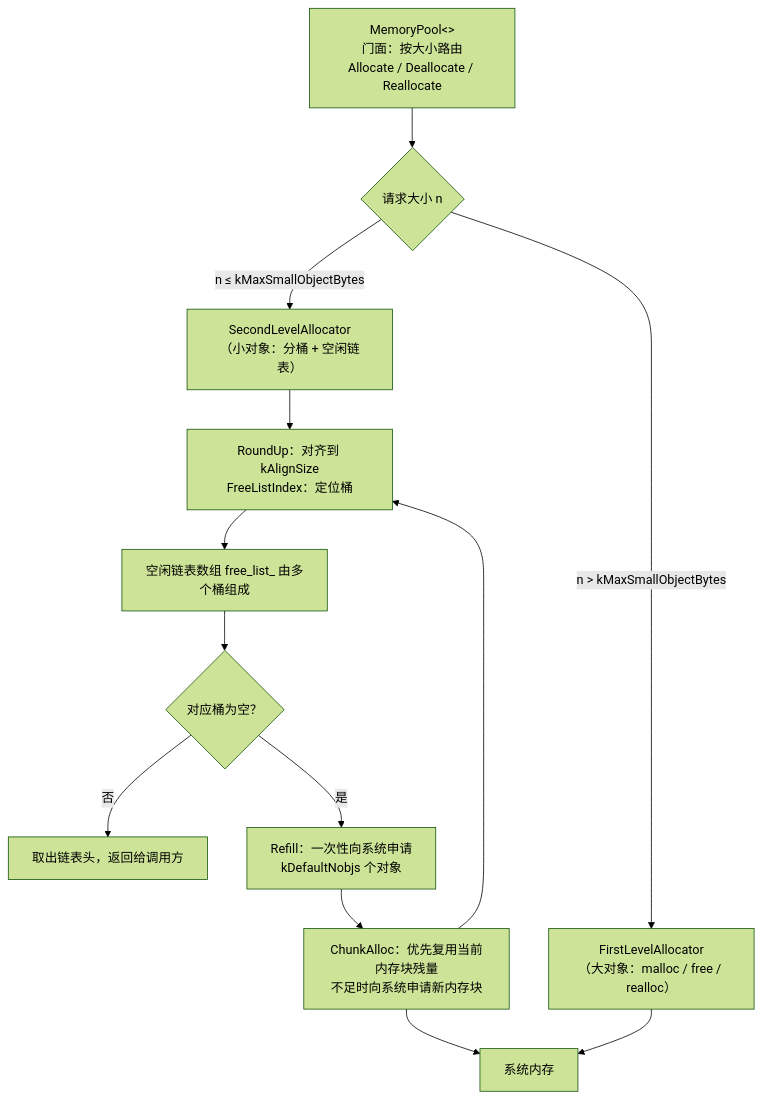
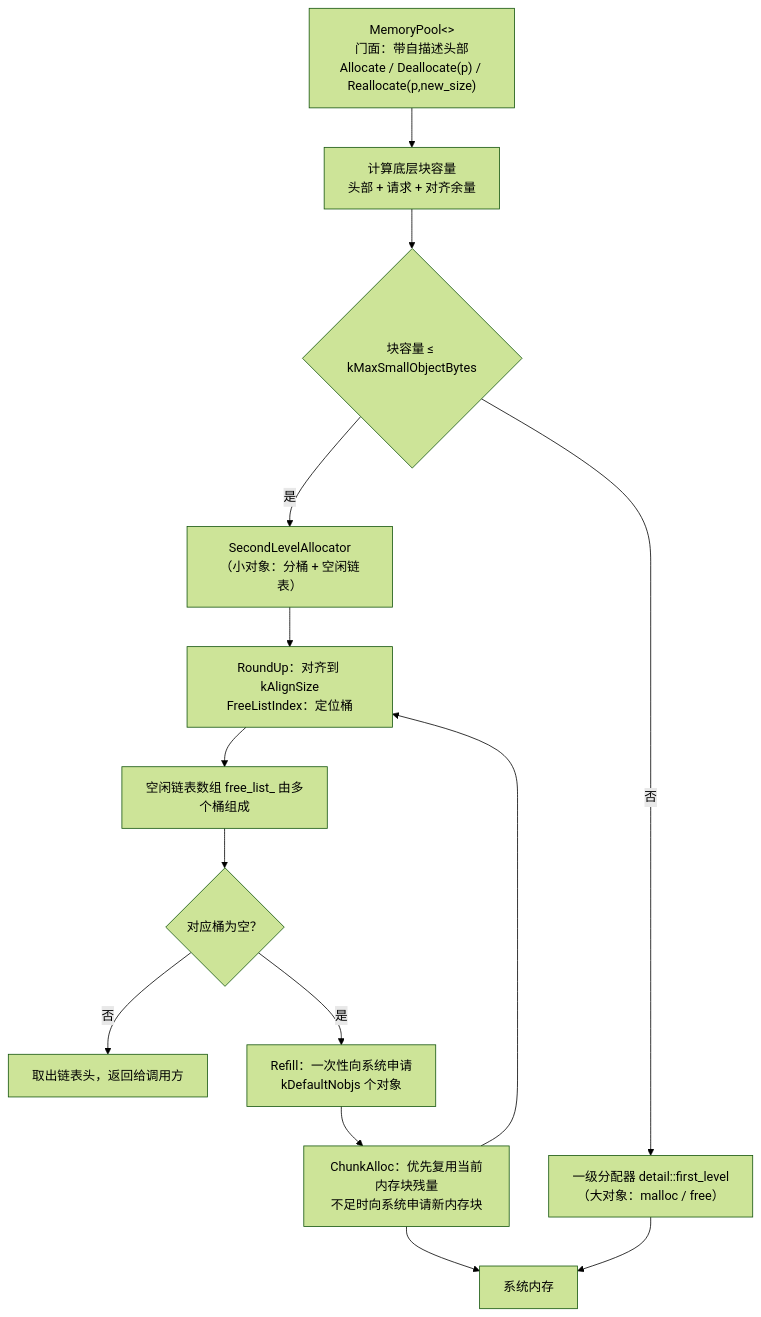
Before and after one commit to HowlandMai/MemSlice: the diagram in README.md, drawn with Mermaid (forest theme). The commit also changed other lines of this file, not shown here.

````diff
--- a/README.md
+++ b/README.md
@@ -75,15 +77,16 @@
 ```mermaid
 flowchart TD
-    A["MemoryPool&lt;&gt;<br/>门面：按大小路由<br/>Allocate / Deallocate / Reallocate"] --> R{"请求大小 n"}
-    R -->|"n ≤ kMaxSmallObjectBytes"| B["SecondLevelAllocator<br/>（小对象：分桶 + 空闲链表）"]
-    R -->|"n > kMaxSmallObjectBytes"| C["FirstLevelAllocator<br/>（大对象：malloc / free / realloc）"]
+    A["MemoryPool&lt;&gt;<br/>门面：带自描述头部<br/>Allocate / Deallocate(p) / Reallocate(p,new_size)"] --> H0["计算底层块容量<br/>头部 + 请求 + 对齐余量"]
+    H0 --> R{"块容量 ≤ kMaxSmallObjectBytes"}
+    R -->|"是"| B["SecondLevelAllocator<br/>（小对象：分桶 + 空闲链表）"]
+    R -->|"否"| C["一级分配器 detail::first_level<br/>（大对象：malloc / free）"]
     C --> S["系统内存"]
     B --> E["RoundUp：对齐到 kAlignSize<br/>FreeListIndex：定位桶"]
     E --> F["空闲链表数组 free_list_ 由多个桶组成"]
     F --> H{"对应桶为空？"}
     H -->|"否"| I["取出链表头，返回给调用方"]
     H -->|"是"| J["Refill：一次性向系统申请<br/>kDefaultNobjs 个对象"]
     J --> K["ChunkAlloc：优先复用当前内存块残量<br/>不足时向系统申请新内存块"]
     K --> S
     K --> E
 ```
````
